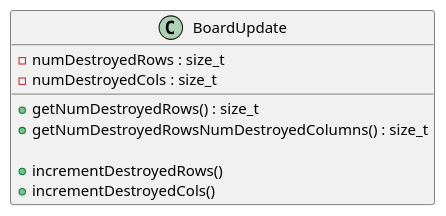
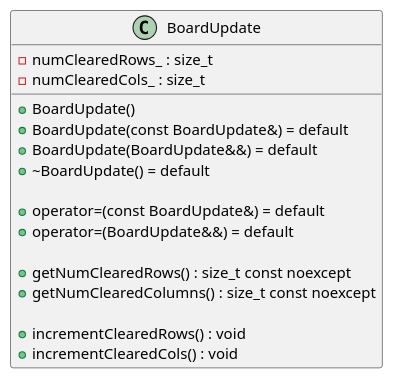
Before and after one commit to ulb-info2-group5/Royal-Blocks: the diagram in SRD-DOC/uml/class/game/BoardUpdateClass.plantuml, drawn with PlantUML. The commit also changed other lines of this file and 1 other file, not shown here.

Commit message:
Updated Board and BoardUpdate class diagrams

```diff
--- a/SRD-DOC/uml/class/game/BoardUpdateClass.plantuml
+++ b/SRD-DOC/uml/class/game/BoardUpdateClass.plantuml
@@ -1,14 +2,22 @@
-@startuml (id = BoardUpdate )
+@startuml (id=BoardUpdate)
 
 class BoardUpdate {
-    - numDestroyedRows : size_t
-    - numDestroyedCols : size_t
+    - numClearedRows_ : size_t
+    - numClearedCols_ : size_t
 
-    + getNumDestroyedRows() : size_t 
-    + getNumDestroyedRowsNumDestroyedColumns() : size_t
-
-    + incrementDestroyedRows() 
-    + incrementDestroyedCols()
+    + BoardUpdate()
+    + BoardUpdate(const BoardUpdate&) = default
+    + BoardUpdate(BoardUpdate&&) = default
+    + ~BoardUpdate() = default
+    
+    + operator=(const BoardUpdate&) = default
+    + operator=(BoardUpdate&&) = default
+    
+    + getNumClearedRows() : size_t const noexcept
+    + getNumClearedColumns() : size_t const noexcept
+    
+    + incrementClearedRows() : void
+    + incrementClearedCols() : void
 }
 
 @enduml
```
